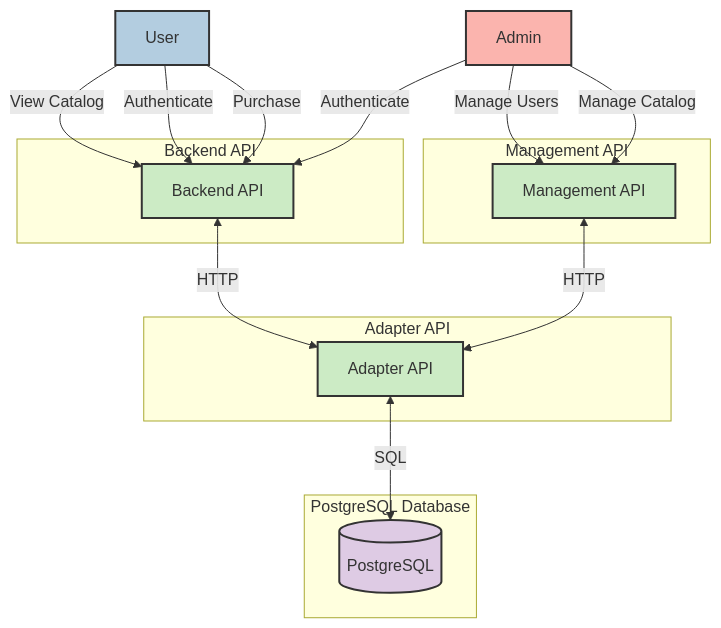
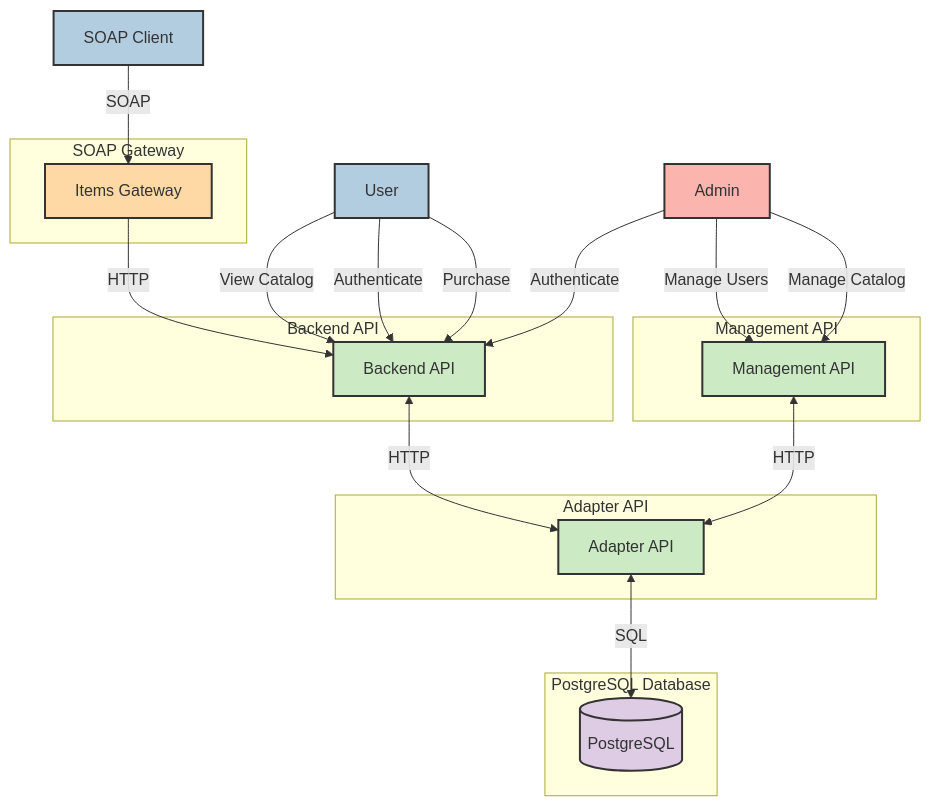
Before and after one commit to JMelon/TestStoreApi: the diagram in README.md, drawn with Mermaid. The commit also changed other lines of this file and 10 other files, not shown here.

Commit message:
Items gateway soap service added.

````diff
--- a/README.md
+++ b/README.md
@@ -8,43 +8,53 @@
 ```mermaid
 graph TD
     subgraph PostgreSQL Database
         DB[(PostgreSQL)]
     end
 
     subgraph Backend API
         BAPI[Backend API]
     end
 
     subgraph Management API
         MAPI[Management API]
     end
 
     subgraph Adapter API
         AAPI[Adapter API]
     end
 
+    subgraph SOAP Gateway
+        SOAP[Items Gateway]
+    end
+
     User[User]
     Admin[Admin]
+    SOAPClient[SOAP Client]
 
     User -->|View Catalog| BAPI
     User -->|Authenticate| BAPI
     User -->|Purchase| BAPI
     Admin -->|Authenticate| BAPI
     Admin -->|Manage Users| MAPI
     Admin -->|Manage Catalog| MAPI
+    SOAPClient -->|SOAP| SOAP
+    SOAP -->|HTTP| BAPI
     BAPI <-->|HTTP| AAPI
     MAPI <-->|HTTP| AAPI
     AAPI <-->|SQL| DB
 
     classDef userStyle fill:#b3cde0,stroke:#333,stroke-width:2px;
     classDef adminStyle fill:#fbb4ae,stroke:#333,stroke-width:2px;
     classDef apiStyle fill:#ccebc5,stroke:#333,stroke-width:2px;
     classDef dbStyle fill:#decbe4,stroke:#333,stroke-width:2px;
+    classDef soapStyle fill:#fed9a6,stroke:#333,stroke-width:2px;
 
     User:::userStyle
     Admin:::adminStyle
     BAPI:::apiStyle
     MAPI:::apiStyle
     AAPI:::apiStyle
     DB:::dbStyle
+    SOAP:::soapStyle
+    SOAPClient:::userStyle
 ```
````
